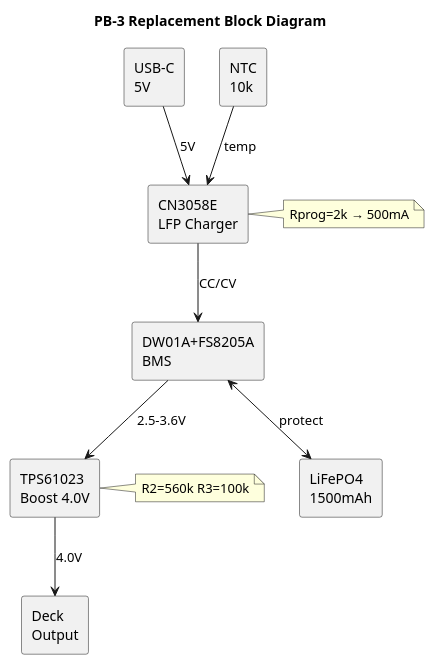
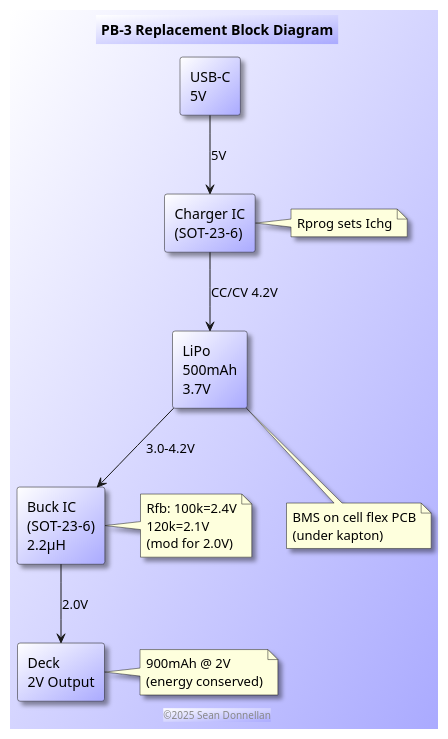
Before and after one commit to donnels/aiwa-pb-3: the diagram in images/pb3-architecture.plantuml, drawn with PlantUML. The commit also changed 4 other files, not shown here.

```diff
--- a/images/pb3-architecture.plantuml
+++ b/images/pb3-architecture.plantuml
@@ -1,23 +1,24 @@
 @startuml PB3Architecture
 title PB-3 Replacement Block Diagram
-skinparam backgroundColor white
+footer ©2025 Sean Donnellan
+skinparam shadowing 1
+skinparam backgroundColor #fff/aaf
+skinparam rectanglebackgroundColor #fff/aaf
 skinparam componentStyle rectangle
 
 rectangle "USB-C\n5V" as USB
-rectangle "CN3058E\nLFP Charger" as CHG
-rectangle "DW01A+FS8205A\nBMS" as BMS
-rectangle "LiFePO4\n1500mAh" as CELL
-rectangle "TPS61023\nBoost 4.0V" as BOOST
-rectangle "Deck\nOutput" as OUT
-rectangle "NTC\n10k" as NTC
+rectangle "Charger IC\n(SOT-23-6)" as CHG
+rectangle "LiPo\n500mAh\n3.7V" as CELL
+rectangle "Buck IC\n(SOT-23-6)\n2.2µH" as BUCK
+rectangle "Deck\n2V Output" as OUT
 
 USB --> CHG : 5V
-CHG --> BMS : CC/CV
-BMS <--> CELL : protect
-BMS --> BOOST : 2.5-3.6V
-BOOST --> OUT : 4.0V
-NTC --> CHG : temp
+CHG --> CELL : CC/CV 4.2V
+CELL --> BUCK : 3.0-4.2V
+BUCK --> OUT : 2.0V
 
-note right of CHG : Rprog=2k → 500mA
-note right of BOOST : R2=560k R3=100k
+note right of CHG : Rprog sets Ichg
+note right of BUCK : Rfb: 100k=2.4V\n120k=2.1V\n(mod for 2.0V)
+note bottom of CELL : BMS on cell flex PCB\n(under kapton)
+note right of OUT : 900mAh @ 2V\n(energy conserved)
 @enduml
```
